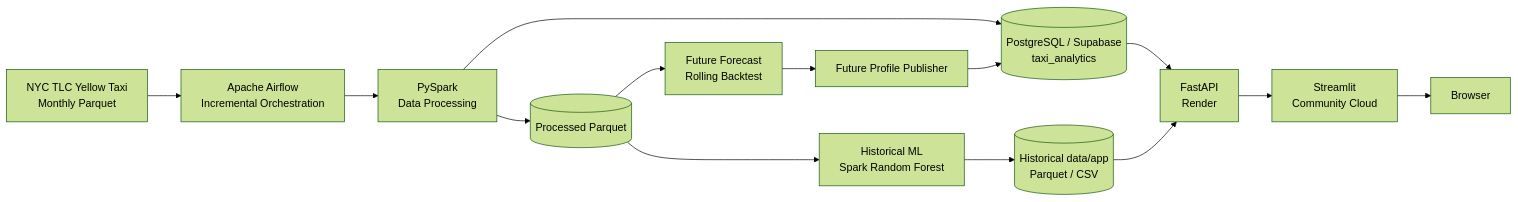
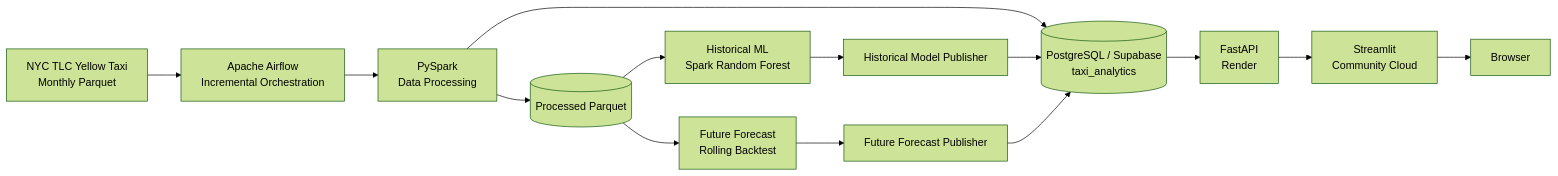
One commit to georgeballa7/NycTaxiDemandForecasting changed the first of 2 diagrams in README.md. Above: the diagram before and after it, drawn with Mermaid (forest theme). The commit also changed other lines of this file, not shown here.

Commit message:
Document database-backed historical model serving

````diff
--- a/README.md
+++ b/README.md
@@ -17,20 +17,16 @@
 ```mermaid
 flowchart LR
     A["NYC TLC Yellow Taxi<br/>Monthly Parquet"] --> B["Apache Airflow<br/>Incremental Orchestration"]
     B --> C["PySpark<br/>Data Processing"]
-
     C --> D[("Processed Parquet")]
     C --> E[("PostgreSQL / Supabase<br/>taxi_analytics")]
-
     D --> F["Historical ML<br/>Spark Random Forest"]
     D --> G["Future Forecast<br/>Rolling Backtest"]
-
-    F --> H[("Historical data/app<br/>Parquet / CSV")]
-    G --> I["Future Profile Publisher"]
-    I --> E
-
+    F --> HP["Historical Model Publisher"]
+    G --> FP["Future Forecast Publisher"]
+    HP --> E
+    FP --> E
     E --> J["FastAPI<br/>Render"]
-    H --> J
     J --> K["Streamlit<br/>Community Cloud"]
     K --> L["Browser"]
 ```
````
